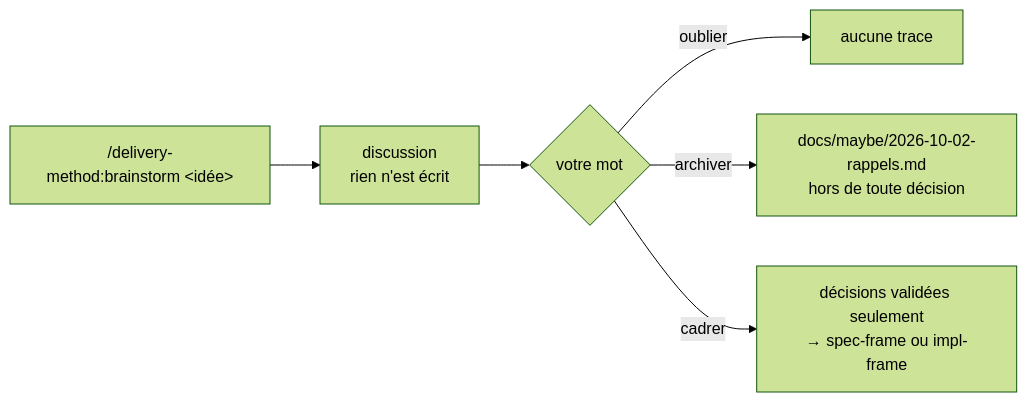
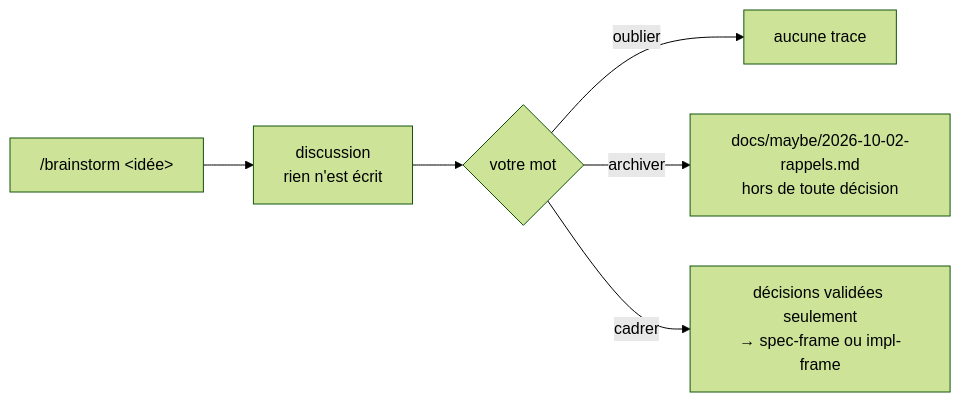
The second of 6 diagrams in docs/guide.md (peugene/delivery-method), drawn with Mermaid (forest theme) before and after one commit. The commit also changed other lines of this file and 15 other files, not shown here.

````diff
--- a/docs/guide.md
+++ b/docs/guide.md
@@ -66,8 +66,8 @@
 ```mermaid
 flowchart LR
-    A["/delivery-method:brainstorm &lt;idée&gt;"] --> B[discussion<br/>rien n'est écrit]
+    A["/brainstorm &lt;idée&gt;"] --> B[discussion<br/>rien n'est écrit]
     B --> C{votre mot}
     C -- oublier --> D[aucune trace]
     C -- archiver --> E["docs/maybe/2026-10-02-rappels.md<br/>hors de toute décision"]
     C -- cadrer --> F["décisions validées seulement<br/>→ spec-frame ou impl-frame"]
 ```
````
